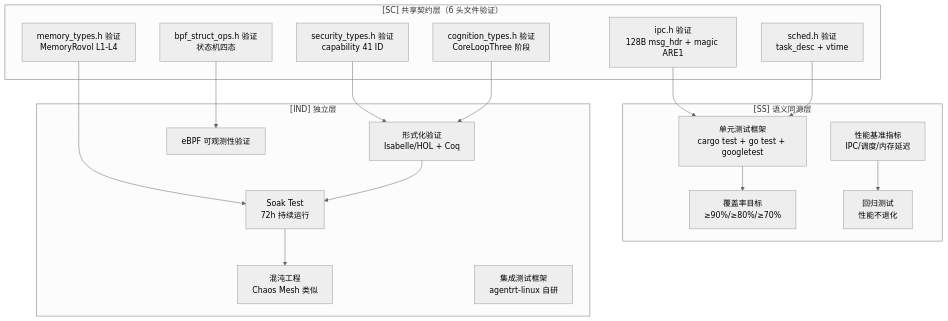
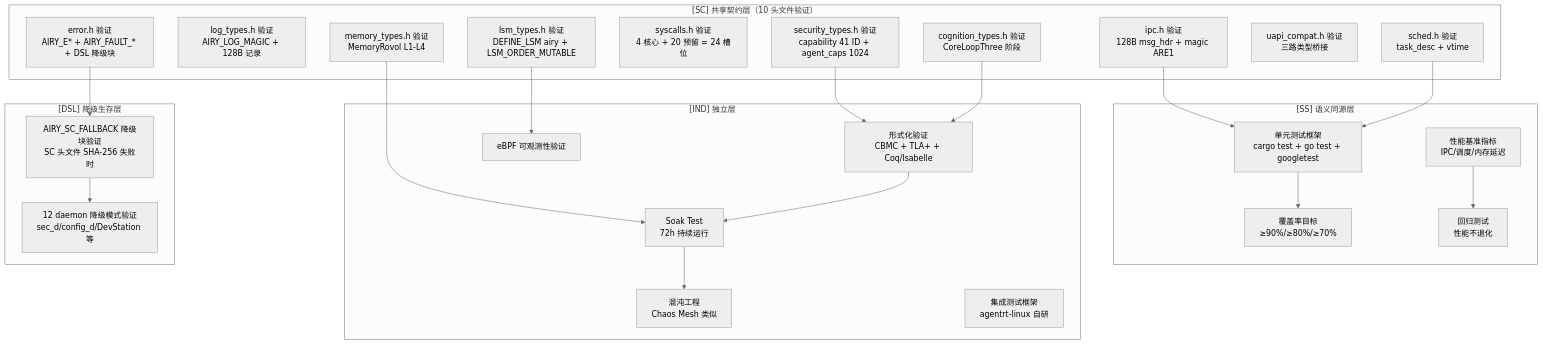
The second of 2 diagrams in AirymaxOS/20-modules/08-tests-linux.md (openairymax/docs), drawn with Mermaid (neutral theme) before and after one commit. The commit also changed other lines of this file and 71 other files, not shown here.

````diff
--- a/AirymaxOS/20-modules/08-tests-linux.md
+++ b/AirymaxOS/20-modules/08-tests-linux.md
@@ -619,34 +723,44 @@
 ```mermaid
 graph TD
-    subgraph SC["[SC] 共享契约层（6 头文件验证）"]
+    subgraph SC["[SC] 共享契约层（10 头文件验证）"]
+        ERR_TEST[error.h 验证<br/>AIRY_E* + AIRY_FAULT_* + DSL 降级块]
+        LOG_TEST[log_types.h 验证<br/>AIRY_LOG_MAGIC + 128B 记录]
         IPC_TEST[ipc.h 验证<br/>128B msg_hdr + magic ARE1]
         SCHED_TEST[sched.h 验证<br/>task_desc + vtime]
-        BPF_TEST[bpf_struct_ops.h 验证<br/>状态机四态]
+        SYS_TEST[syscalls.h 验证<br/>4 核心 + 20 预留 = 24 槽位]
         MEM_TEST[memory_types.h 验证<br/>MemoryRovol L1-L4]
-        SEC_TEST[security_types.h 验证<br/>capability 41 ID]
+        SEC_TEST[security_types.h 验证<br/>capability 41 ID + agent_caps 1024]
         COG_TEST[cognition_types.h 验证<br/>CoreLoopThree 阶段]
+        UAPI_TEST[uapi_compat.h 验证<br/>三路类型桥接]
+        LSM_TEST[lsm_types.h 验证<br/>DEFINE_LSM airy + LSM_ORDER_MUTABLE]
     end
     subgraph SS["[SS] 语义同源层"]
         UNIT_FW[单元测试框架<br/>cargo test + go test + googletest]
         BENCH_METRICS[性能基准指标<br/>IPC/调度/内存延迟]
         COVERAGE[覆盖率目标<br/>≥90%/≥80%/≥70%]
         REGRESSION[回归测试<br/>性能不退化]
     end
     subgraph IND["[IND] 独立层"]
-        FV[形式化验证<br/>Isabelle/HOL + Coq]
+        FV[形式化验证<br/>CBMC + TLA+ + Coq/Isabelle]
         SOAK[Soak Test<br/>72h 持续运行]
         CHAOS[混沌工程<br/>Chaos Mesh 类似]
         EBPF_VER[eBPF 可观测性验证]
         ITF[集成测试框架<br/>agentrt-linux 自研]
     end
+    subgraph DSL["[DSL] 降级生存层"]
+        FALLBACK_SC[AIRY_SC_FALLBACK 降级块验证<br/>SC 头文件 SHA-256 失败时]
+        DAEMON_DEGRADE[12 daemon 降级模式验证<br/>sec_d/config_d/DevStation 等]
+    end
     IPC_TEST --> UNIT_FW
     SCHED_TEST --> UNIT_FW
-    BPF_TEST --> EBPF_VER
+    ERR_TEST --> FALLBACK_SC
+    LSM_TEST --> EBPF_VER
     MEM_TEST --> SOAK
     SEC_TEST --> FV
     COG_TEST --> FV
     UNIT_FW --> COVERAGE
     BENCH_METRICS --> REGRESSION
     FV --> SOAK
     SOAK --> CHAOS
+    FALLBACK_SC --> DAEMON_DEGRADE
 ```
````
